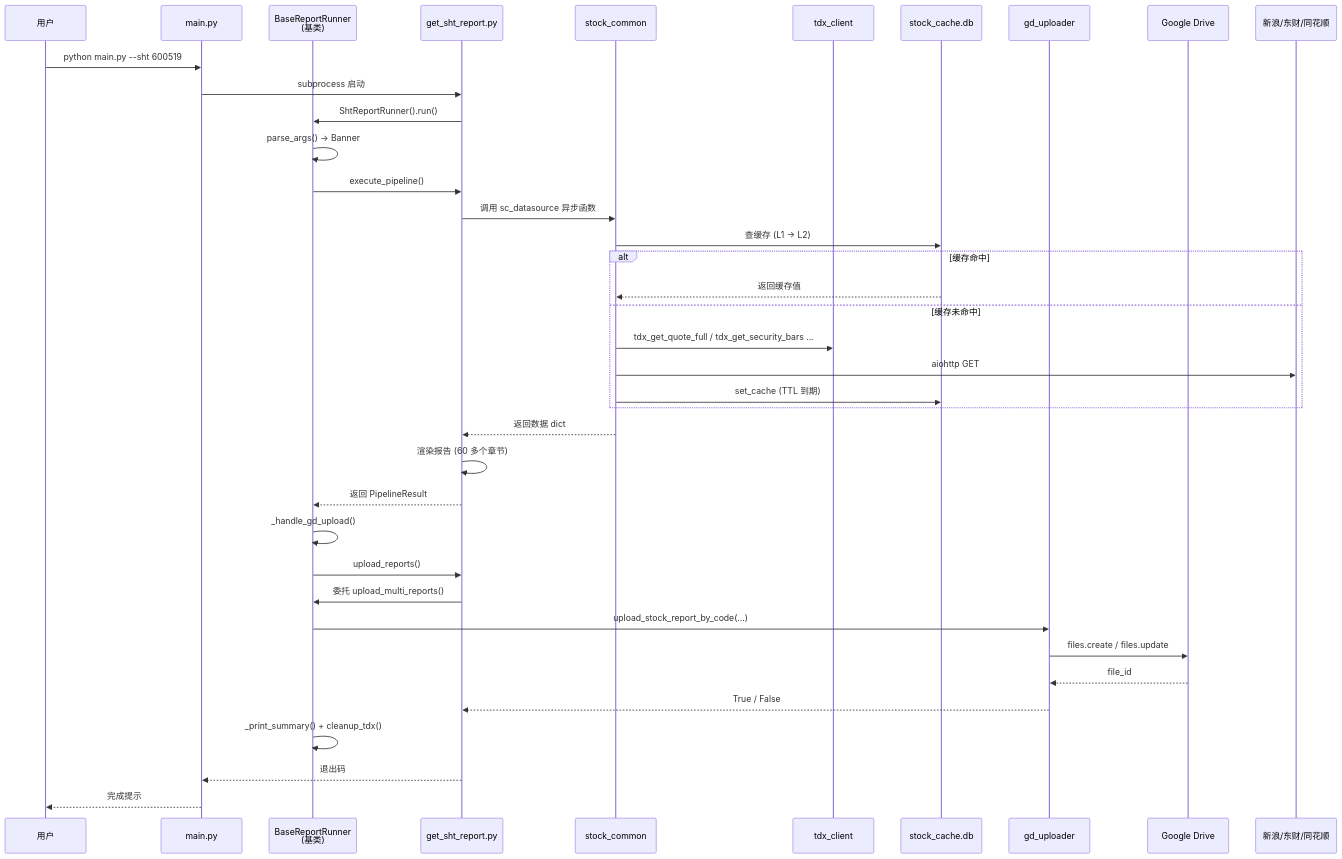
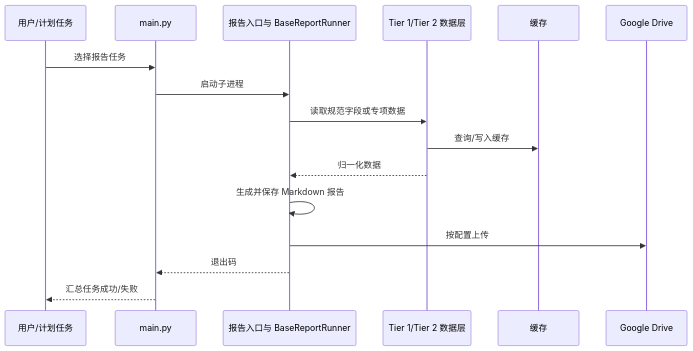
One commit to tsy1102/a-stock-data changed the second of 2 diagrams in docs/architecture.md. Above: the diagram before and after it, drawn with Mermaid. The commit also changed other lines of this file and 234 other files, not shown here.

````diff
--- a/docs/architecture.md
+++ b/docs/architecture.md
@@ -82,40 +78,18 @@
 ```mermaid
 sequenceDiagram
-    participant U as 用户
+    participant U as 用户/计划任务
     participant M as main.py
-    participant R as BaseReportRunner<br/>(基类)
-    participant S as get_sht_report.py
-    participant SC as stock_common
-    participant TDX as tdx_client
-    participant Cache as stock_cache.db
-    participant GD as gd_uploader
-    participant Drive as Google Drive
-
-    U->>M: python main.py --sht 600519
-    M->>S: subprocess 启动
-    S->>R: ShtReportRunner().run()
-    R->>R: parse_args() → Banner
-    R->>S: execute_pipeline()
-    S->>SC: 调用 sc_datasource 异步函数
-    SC->>Cache: 查缓存 (L1 → L2)
-    alt 缓存命中
-        Cache-->>SC: 返回缓存值
-    else 缓存未命中
-        SC->>TDX: tdx_get_quote_full / tdx_get_security_bars ...
-        SC->>新浪/东财/同花顺: aiohttp GET
-        SC->>Cache: set_cache (TTL 到期)
-    end
-    SC-->>S: 返回数据 dict
-    S->>S: 渲染报告 (60 多个章节)
-    S-->>R: 返回 PipelineResult
-    R->>R: _handle_gd_upload()
-    R->>S: upload_reports()
-    S->>R: 委托 upload_multi_reports()
-    R->>GD: upload_stock_report_by_code(...)
-    GD->>Drive: files.create / files.update
-    Drive-->>GD: file_id
-    GD-->>S: True / False
-    R->>R: _print_summary() + cleanup_tdx()
-    S-->>M: 退出码
-    M-->>U: 完成提示
+    participant R as 报告入口与 BaseReportRunner
+    participant D as Tier 1/Tier 2 数据层
+    participant C as 缓存
+    participant G as Google Drive
+    U->>M: 选择报告任务
+    M->>R: 启动子进程
+    R->>D: 读取规范字段或专项数据
+    D->>C: 查询/写入缓存
+    D-->>R: 归一化数据
+    R->>R: 生成并保存 Markdown 报告
+    R->>G: 按配置上传
+    R-->>M: 退出码
+    M-->>U: 汇总任务成功/失败
 ```
````
